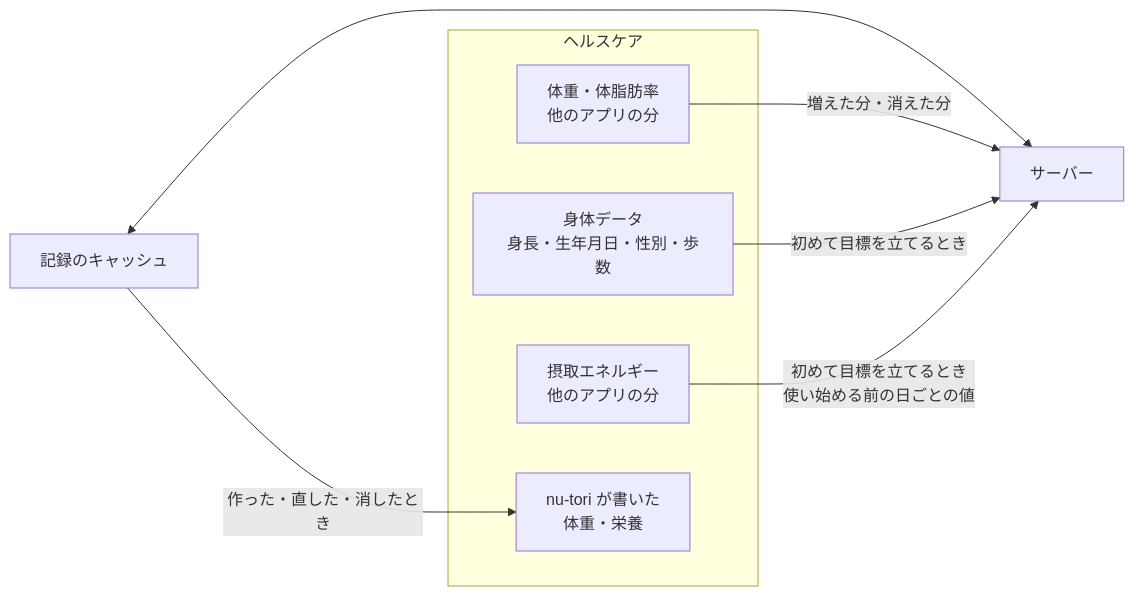
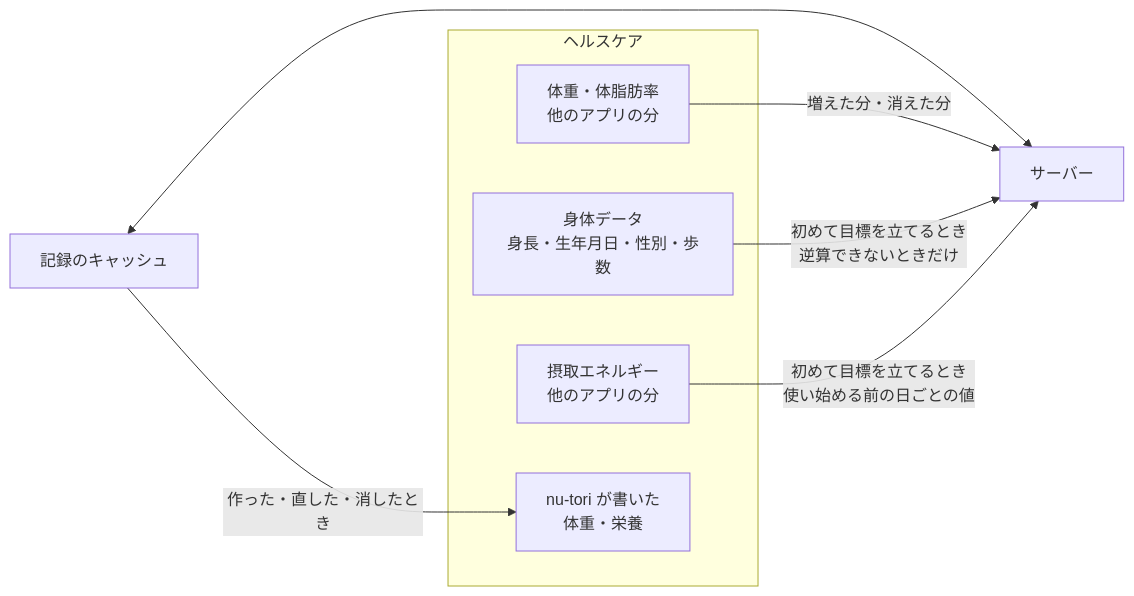
Before and after one commit to gn-t-k/nu-tori: the diagram in ios/AGENTS.md, drawn with Mermaid. The commit also changed other lines of this file and 4 other files, not shown here.

````diff
--- a/ios/AGENTS.md
+++ b/ios/AGENTS.md
@@ -31,14 +31,14 @@
 ```mermaid
 flowchart LR
   subgraph HK[ヘルスケア]
     W[体重・体脂肪率<br>他のアプリの分]
     B[身体データ<br>身長・生年月日・性別・歩数]
     E[摂取エネルギー<br>他のアプリの分]
     NW[nu-tori が書いた<br>体重・栄養]
   end
   C[記録のキャッシュ] <--> S[サーバー]
   W -- 増えた分・消えた分 --> S
-  B -- 初めて目標を立てるとき --> S
+  B -- 初めて目標を立てるとき<br>逆算できないときだけ --> S
   E -- 初めて目標を立てるとき<br>使い始める前の日ごとの値 --> S
   C -- 作った・直した・消したとき --> NW
 ```
````
